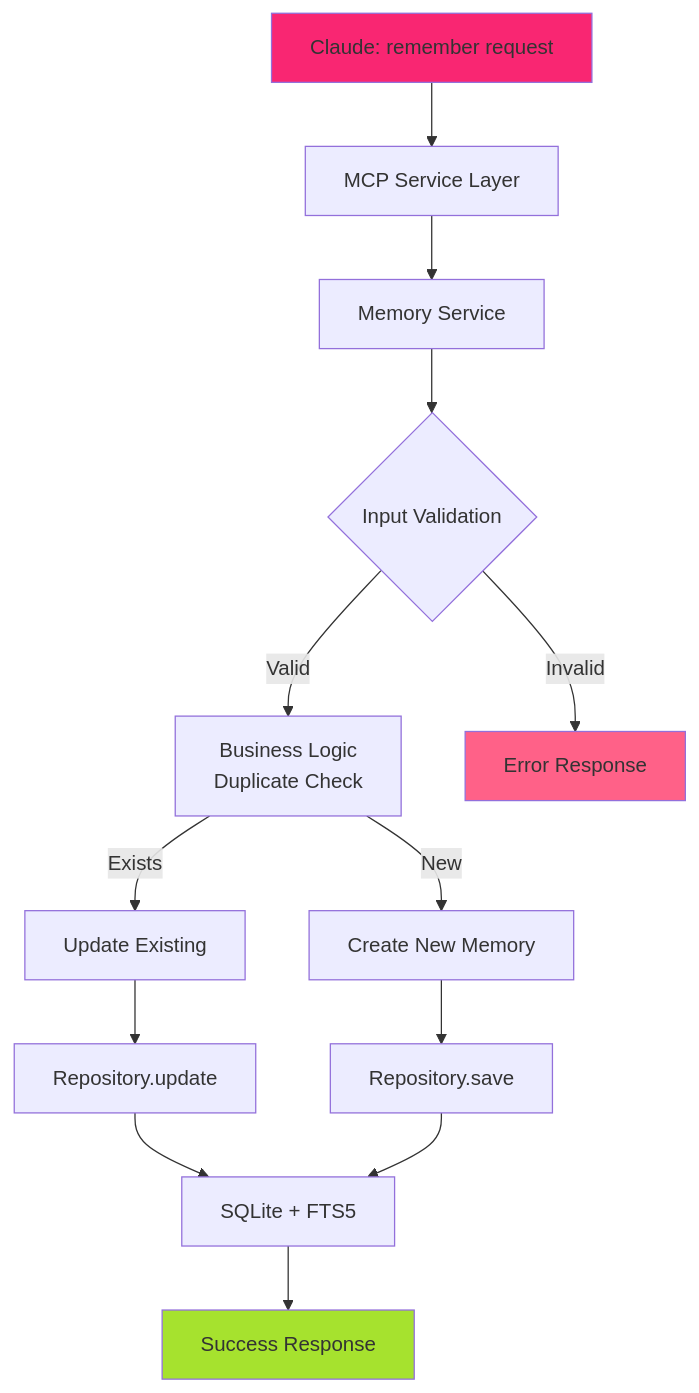
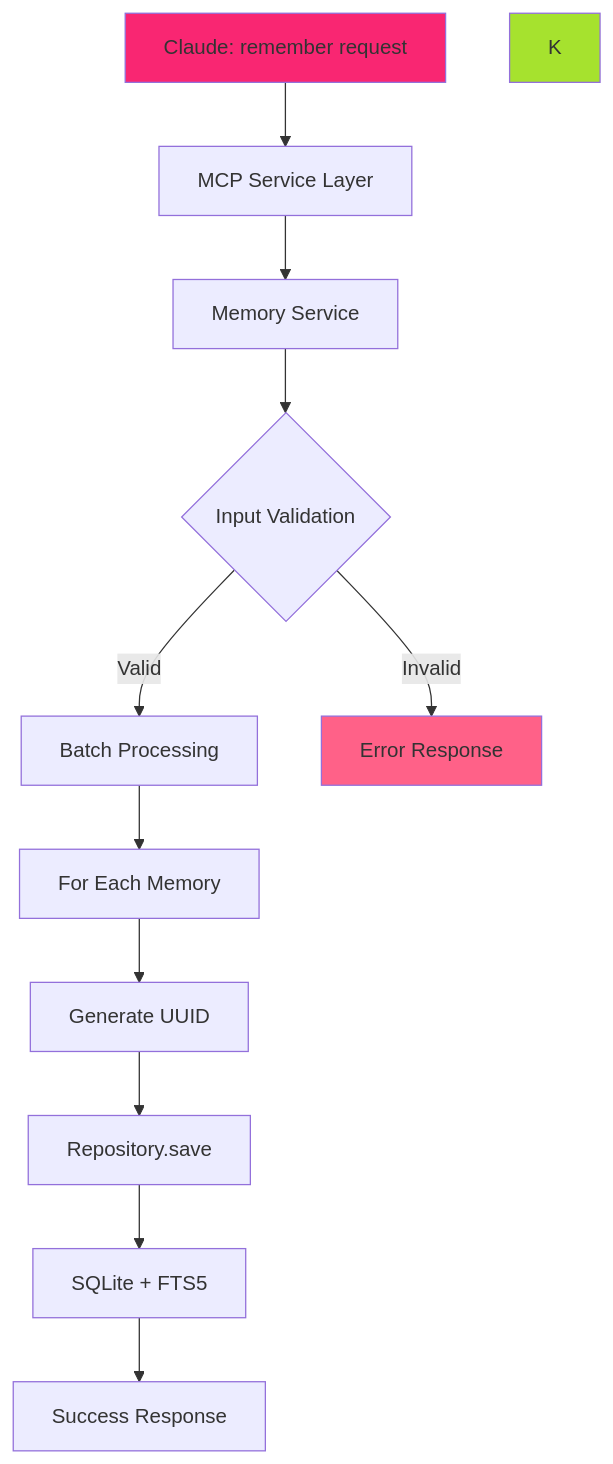
Before and after one commit to ashigirl96/hail-mary: the second of 5 diagrams in .kiro/specs/2025-08-16-memory-mcp/design-v3.md, drawn with Mermaid. The commit also changed other lines of this file, not shown here.

````diff
--- a/.kiro/specs/2025-08-16-memory-mcp/design-v3.md
+++ b/.kiro/specs/2025-08-16-memory-mcp/design-v3.md
@@ -346,33 +332,29 @@
 ```mermaid
 %%{init: {
   'theme': 'dark',
   'themeCSS': '
     .nodeLabel { color: #FD971F !important; }
     .edgeLabel { color: #A6E22E !important; background-color: transparent !important; }
     .cluster rect { fill: #272822 !important; stroke: #F92672 !important; stroke-width: 2px !important; rx: 5px !important; ry: 5px !important; }
     .node rect, .node circle, .node ellipse, .node polygon, .node path { fill: #272822 !important; stroke: #A6E22E !important; stroke-width: 2px !important; }
     .flowchart-link { stroke: #66D9EF !important; stroke-width: 2px !important; }
   '
 }}%%
 flowchart TD
     A[Claude: remember request] --> B[MCP Service Layer]
     B --> C[Memory Service]
     C --> D{Input Validation}
-    D -->|Valid| E[Business Logic<br/>Duplicate Check]
+    D -->|Valid| E[Batch Processing]
     D -->|Invalid| Z[Error Response]
     
-    E -->|Exists| F[Update Existing]
-    E -->|New| G[Create New Memory]
+    E --> F[For Each Memory]
+    F --> G[Generate UUID]
+    G --> H[Repository.save]
     
-    F --> H[Repository.update]
-    G --> I[Repository.save]
-    
-    H --> J[SQLite + FTS5]
-    I --> J
-    
-    J --> K[Success Response]
+    H --> I[SQLite + FTS5]
+    I --> J[Success Response]
     
     style A fill:#F92672
     style K fill:#A6E22E
     style Z fill:#FF6188
 ```
````
